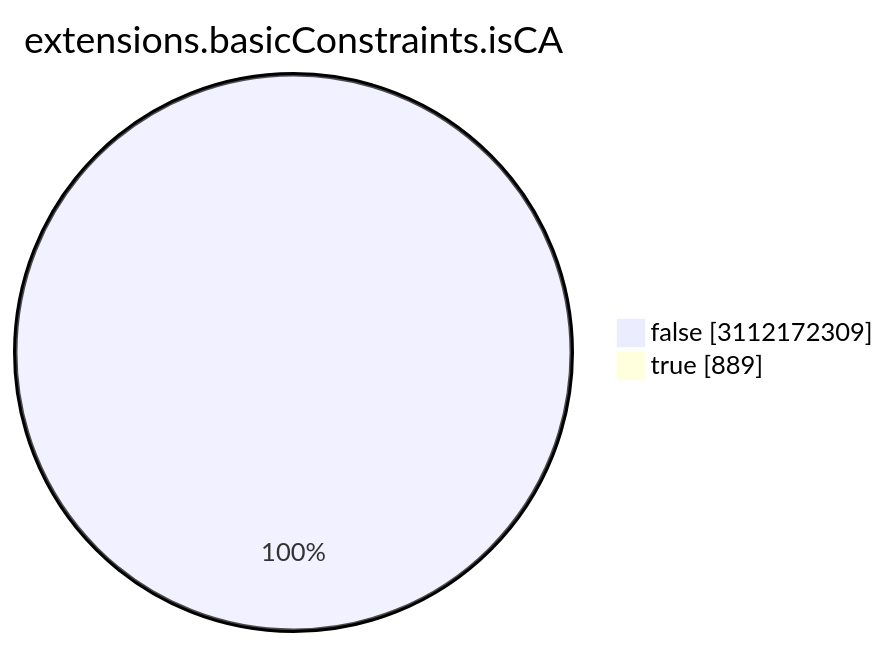
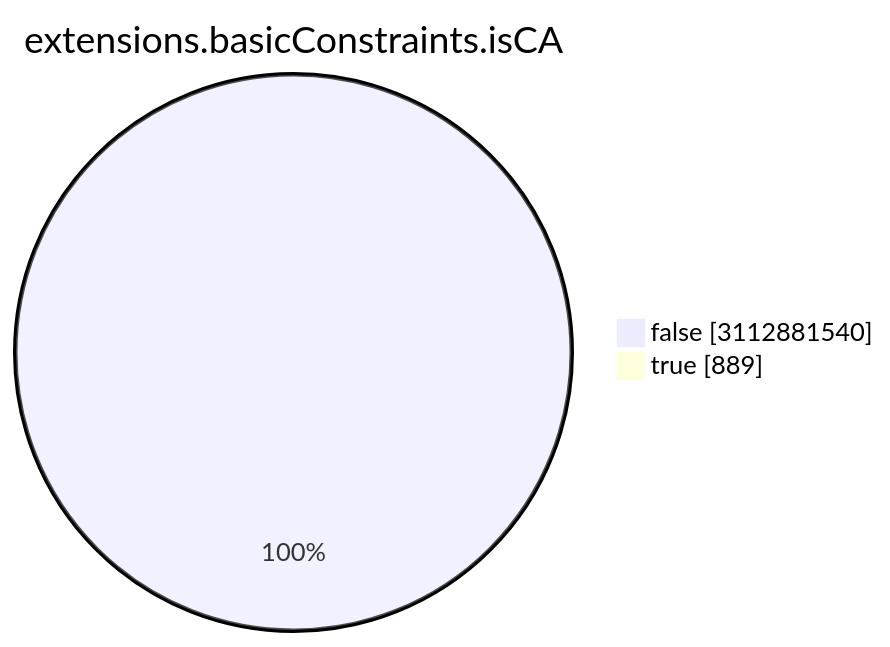
The seventh of 15 diagrams in TOTAL/README.md (christiankrug/ctmonitor_visualization), drawn with Mermaid before and after one commit. The commit also changed other lines of this file, not shown here.

````diff
--- a/TOTAL/README.md
+++ b/TOTAL/README.md
@@ -3088,6 +3088,6 @@
 ```mermaid
 pie showData
 title extensions.basicConstraints.isCA
-"false" :3112172309
+"false" :3112881540
 "true" :889
 ```
````
